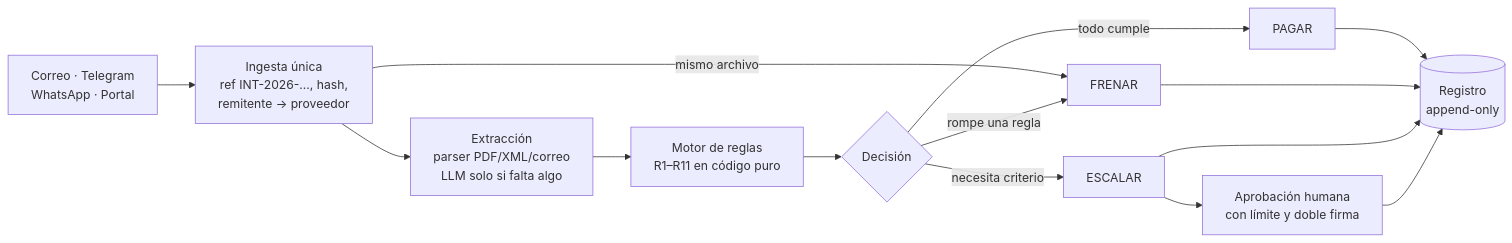
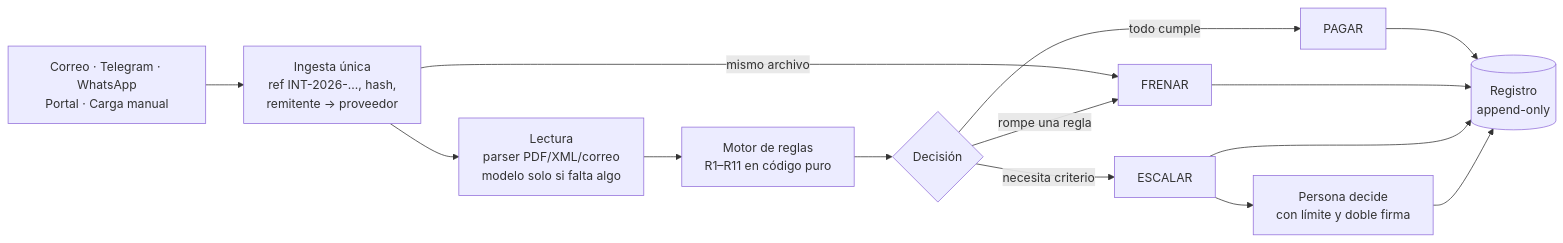
One commit to Nicolukazzz/hackradar-30x changed the first of 2 diagrams in README.md. Above: the diagram before and after it, drawn with Mermaid. The commit also changed other lines of this file and 26 other files, not shown here.

````diff
--- a/README.md
+++ b/README.md
@@ -31,13 +41,13 @@
 ```mermaid
 flowchart LR
-    A["Correo · Telegram<br/>WhatsApp · Portal"] --> B["Ingesta única<br/>ref INT-2026-…, hash,<br/>remitente → proveedor"]
+    A["Correo · Telegram · WhatsApp<br/>Portal · Carga manual"] --> B["Ingesta única<br/>ref INT-2026-…, hash,<br/>remitente → proveedor"]
     B -->|mismo archivo| F
-    B --> C["Extracción<br/>parser PDF/XML/correo<br/>LLM solo si falta algo"]
+    B --> C["Lectura<br/>parser PDF/XML/correo<br/>modelo solo si falta algo"]
     C --> D["Motor de reglas<br/>R1–R11 en código puro"]
     D --> E{Decisión}
     E -->|todo cumple| P[PAGAR]
     E -->|rompe una regla| F[FRENAR]
     E -->|necesita criterio| S[ESCALAR]
-    S --> H["Aprobación humana<br/>con límite y doble firma"]
+    S --> H["Persona decide<br/>con límite y doble firma"]
     P & F & S & H --> R[("Registro<br/>append-only")]
 ```
````
